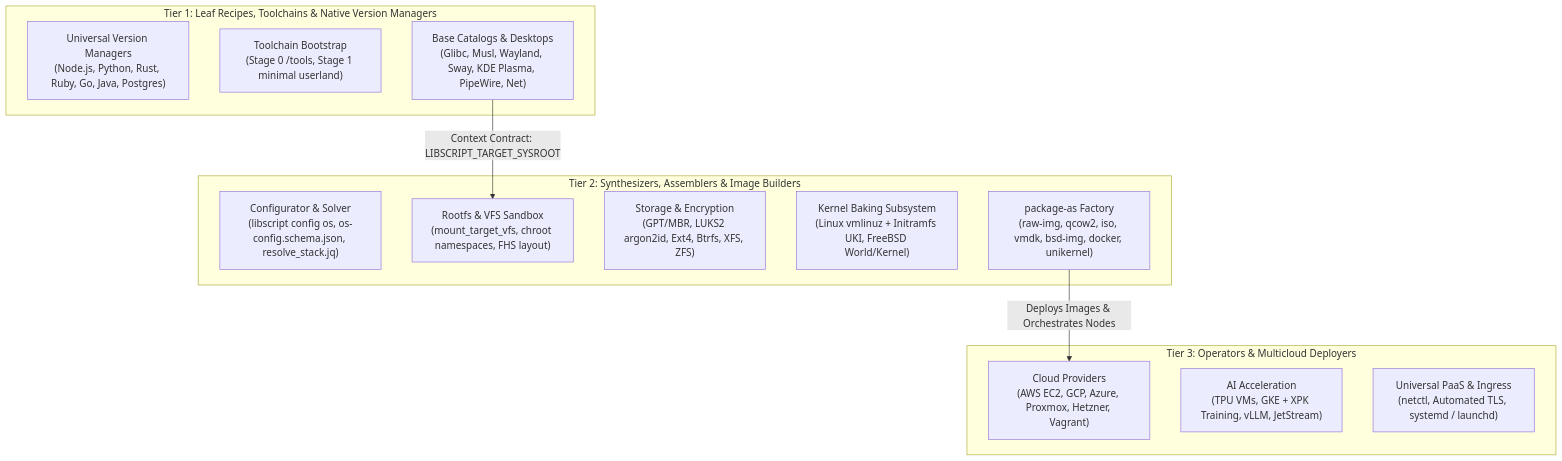
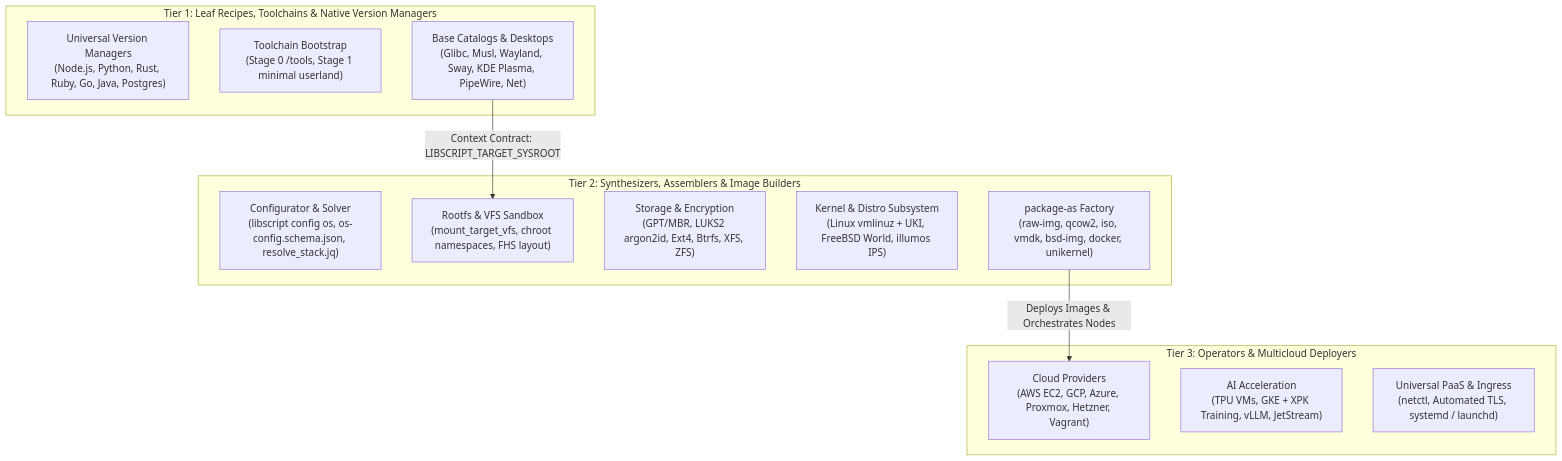
The third of 5 diagrams in README.md (SamuelMarks/libscript), drawn with Mermaid before and after one commit. The commit also changed other lines of this file and 17 other files, not shown here.

````diff
--- a/README.md
+++ b/README.md
@@ -135,25 +135,25 @@
 ```mermaid
 flowchart TD
     subgraph Tier1["Tier 1: Leaf Recipes, Toolchains & Native Version Managers"]
         T1_VM["Universal Version Managers<br/>(Node.js, Python, Rust, Ruby, Go, Java, Postgres)"]
         T1_Bootstrap["Toolchain Bootstrap<br/>(Stage 0 /tools, Stage 1 minimal userland)"]
         T1_Base["Base Catalogs & Desktops<br/>(Glibc, Musl, Wayland, Sway, KDE Plasma, PipeWire, Net)"]
     end
 
     subgraph Tier2["Tier 2: Synthesizers, Assemblers & Image Builders"]
         T2_Config["Configurator & Solver<br/>(libscript config os, os-config.schema.json, resolve_stack.jq)"]
         T2_VFS["Rootfs & VFS Sandbox<br/>(mount_target_vfs, chroot namespaces, FHS layout)"]
         T2_Storage["Storage & Encryption<br/>(GPT/MBR, LUKS2 argon2id, Ext4, Btrfs, XFS, ZFS)"]
-        T2_Kernel["Kernel Baking Subsystem<br/>(Linux vmlinuz + Initramfs UKI, FreeBSD World/Kernel)"]
+        T2_Kernel["Kernel & Distro Subsystem<br/>(Linux vmlinuz + UKI, FreeBSD World, illumos IPS)"]
         T2_Package["package-as Factory<br/>(raw-img, qcow2, iso, vmdk, bsd-img, docker, unikernel)"]
     end
 
     subgraph Tier3["Tier 3: Operators & Multicloud Deployers"]
         T3_Cloud["Cloud Providers<br/>(AWS EC2, GCP, Azure, Proxmox, Hetzner, Vagrant)"]
         T3_AI["AI Acceleration<br/>(TPU VMs, GKE + XPK Training, vLLM, JetStream)"]
         T3_PaaS["Universal PaaS & Ingress<br/>(netctl, Automated TLS, systemd / launchd)"]
     end
 
     T1_Base -->|Context Contract: LIBSCRIPT_TARGET_SYSROOT| T2_VFS
     T2_Package -->|Deploys Images & Orchestrates Nodes| T3_Cloud
 ```
````
